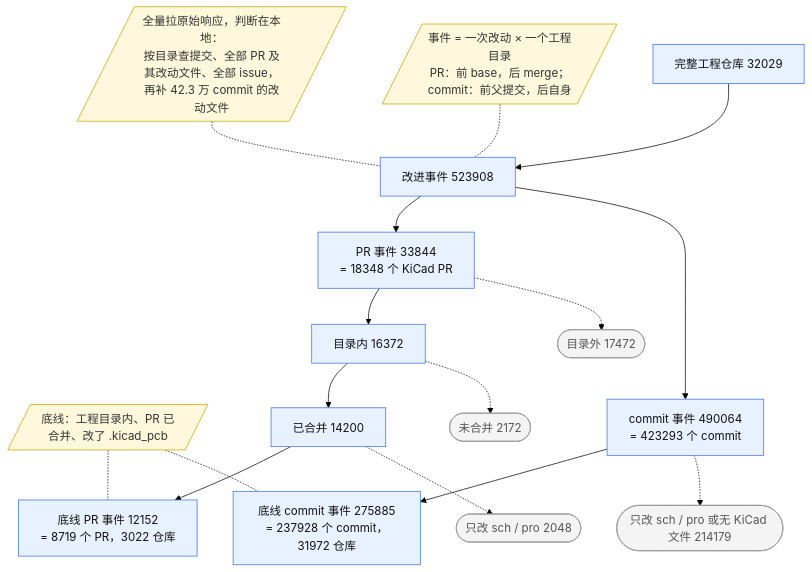
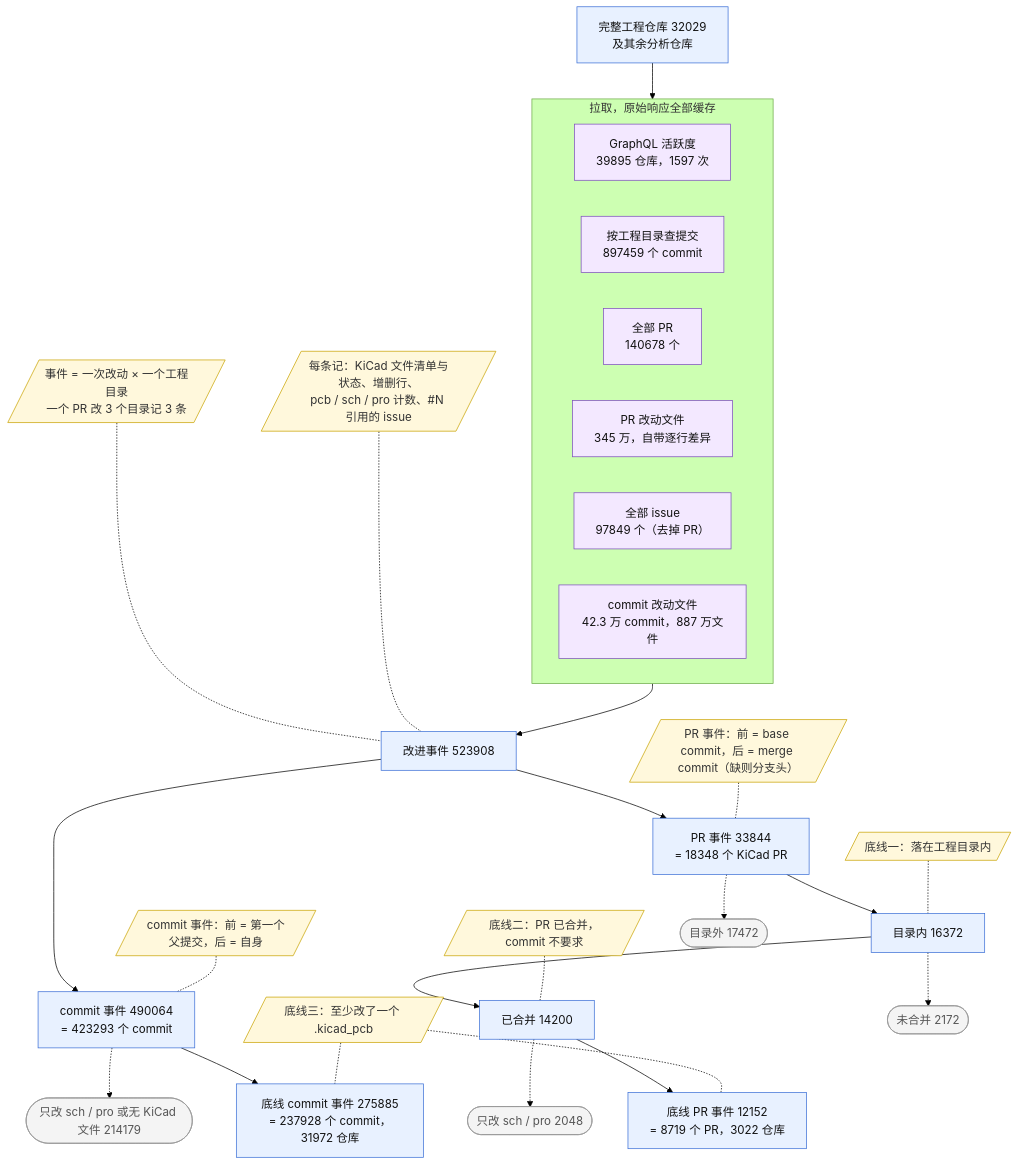
Before and after one commit to Xiafyjck/github_kicad_project_scout: the third of 5 diagrams in reports/progress_report.md, drawn with Mermaid (forest theme). The commit also changed other lines of this file, not shown here.

Commit message:
reports: diagrams use one box per suffix / source / rule, text-filter exits split by sub-reason

````diff
--- a/reports/progress_report.md
+++ b/reports/progress_report.md
@@ -162,37 +179,56 @@
 ```mermaid
 flowchart TB
     classDef note fill:#fff8dc,stroke:#c9a400,color:#333
     classDef exit fill:#f4f4f4,stroke:#999,color:#555
     classDef keep fill:#e8f1ff,stroke:#3b6fd6,color:#111
+    classDef src fill:#f3e8ff,stroke:#7c4dbd,color:#111
 
-    N3[/"全量拉原始响应，判断在本地：<br/>按目录查提交、全部 PR 及其改动文件、全部 issue，再补 42.3 万 commit 的改动文件"/]:::note
-    N4[/"事件 = 一次改动 × 一个工程目录<br/>PR：前 base，后 merge；commit：前父提交，后自身"/]:::note
-    N5[/"底线：工程目录内、PR 已合并、改了 .kicad_pcb"/]:::note
+    Q[完整工程仓库 32029<br/>及其余分析仓库]:::keep
+    subgraph H[拉取，原始响应全部缓存]
+        direction LR
+        H0[GraphQL 活跃度<br/>39895 仓库，1597 次]:::src
+        H1[按工程目录查提交<br/>897459 个 commit]:::src
+        H2[全部 PR<br/>140678 个]:::src
+        H3[PR 改动文件<br/>345 万，自带逐行差异]:::src
+        H4[全部 issue<br/>97849 个（去掉 PR）]:::src
+        H5[commit 改动文件<br/>42.3 万 commit，887 万文件]:::src
+    end
+    Q --> H
 
-    Q[完整工程仓库 32029]:::keep
+    D1[/"事件 = 一次改动 × 一个工程目录<br/>一个 PR 改 3 个目录记 3 条"/]:::note
+    D2[/"PR 事件：前 = base commit，后 = merge commit（缺则分支头）"/]:::note
+    D3[/"commit 事件：前 = 第一个父提交，后 = 自身"/]:::note
+    D4[/"每条记：KiCad 文件清单与状态、增删行、<br/>pcb / sch / pro 计数、#N 引用的 issue"/]:::note
     E[改进事件 523908]:::keep
+    H --> E
+    D1 -.- E
+    D4 -.- E
     P[PR 事件 33844<br/>= 18348 个 KiCad PR]:::keep
     M[commit 事件 490064<br/>= 423293 个 commit]:::keep
+    E --> P
+    E --> M
+    D2 -.- P
+    D3 -.- M
+
+    B1[/"底线一：落在工程目录内"/]:::note
+    B2[/"底线二：PR 已合并，commit 不要求"/]:::note
+    B3[/"底线三：至少改了一个 .kicad_pcb"/]:::note
     P1[目录内 16372]:::keep
     P2[已合并 14200]:::keep
     P3[底线 PR 事件 12152<br/>= 8719 个 PR，3022 仓库]:::keep
     M3[底线 commit 事件 275885<br/>= 237928 个 commit，31972 仓库]:::keep
     PX1([目录外 17472]):::exit
     PX2([未合并 2172]):::exit
     PX3([只改 sch / pro 2048]):::exit
     MX3([只改 sch / pro 或无 KiCad 文件 214179]):::exit
-
-    N3 -.- E
-    N4 -.- E
-    Q --> E
-    E --> P
-    E --> M
-    N5 -.- P3
-    N5 -.- M3
     P --> P1 --> P2 --> P3
     P -.-> PX1
     P1 -.-> PX2
     P2 -.-> PX3
     M --> M3
     M -.-> MX3
+    B1 -.- P1
+    B2 -.- P2
+    B3 -.- P3
+    B3 -.- M3
 ```
````
